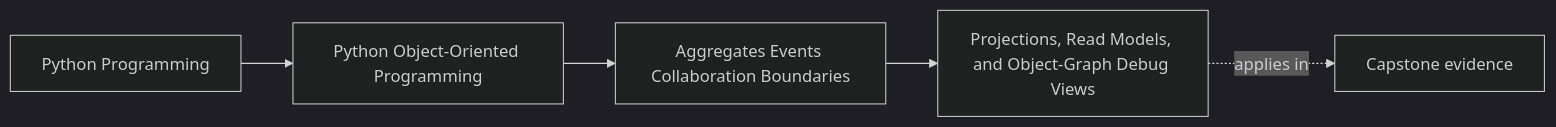
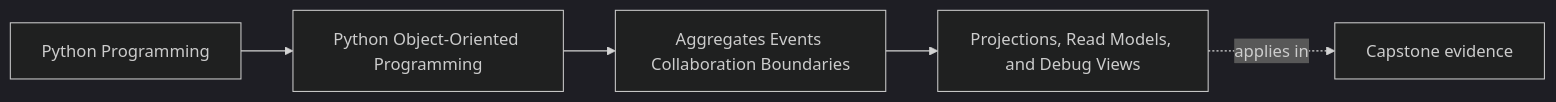
One commit to bijux/bijux-masterclass changed the first of 2 diagrams in programs/python-programming/python-object-oriented-programming/course-book/module-04-aggregates-events-collaboration-boundaries/projections-read-models-and-debug-views.md. Above: the diagram before and after it, drawn with Mermaid (dark theme). The commit also changed other lines of this file, not shown here.

Commit message:
docs(oop): separate authoritative state from derived views

````diff
--- a/programs/python-programming/python-object-oriented-programming/course-book/module-04-aggregates-events-collaboration-boundaries/projections-read-models-and-debug-views.md
+++ b/programs/python-programming/python-object-oriented-programming/course-book/module-04-aggregates-events-collaboration-boundaries/projections-read-models-and-debug-views.md
@@ -7,11 +6,11 @@
 ```mermaid
 graph LR
   family["Python Programming"]
   program["Python Object-Oriented Programming"]
   section["Aggregates Events Collaboration Boundaries"]
-  page["Projections, Read Models, and Object-Graph Debug Views"]
+  page["Projections, Read Models, and Debug Views"]
   capstone["Capstone evidence"]
 
   family --> program --> section --> page
   page -.applies in.-> capstone
 ```
````
